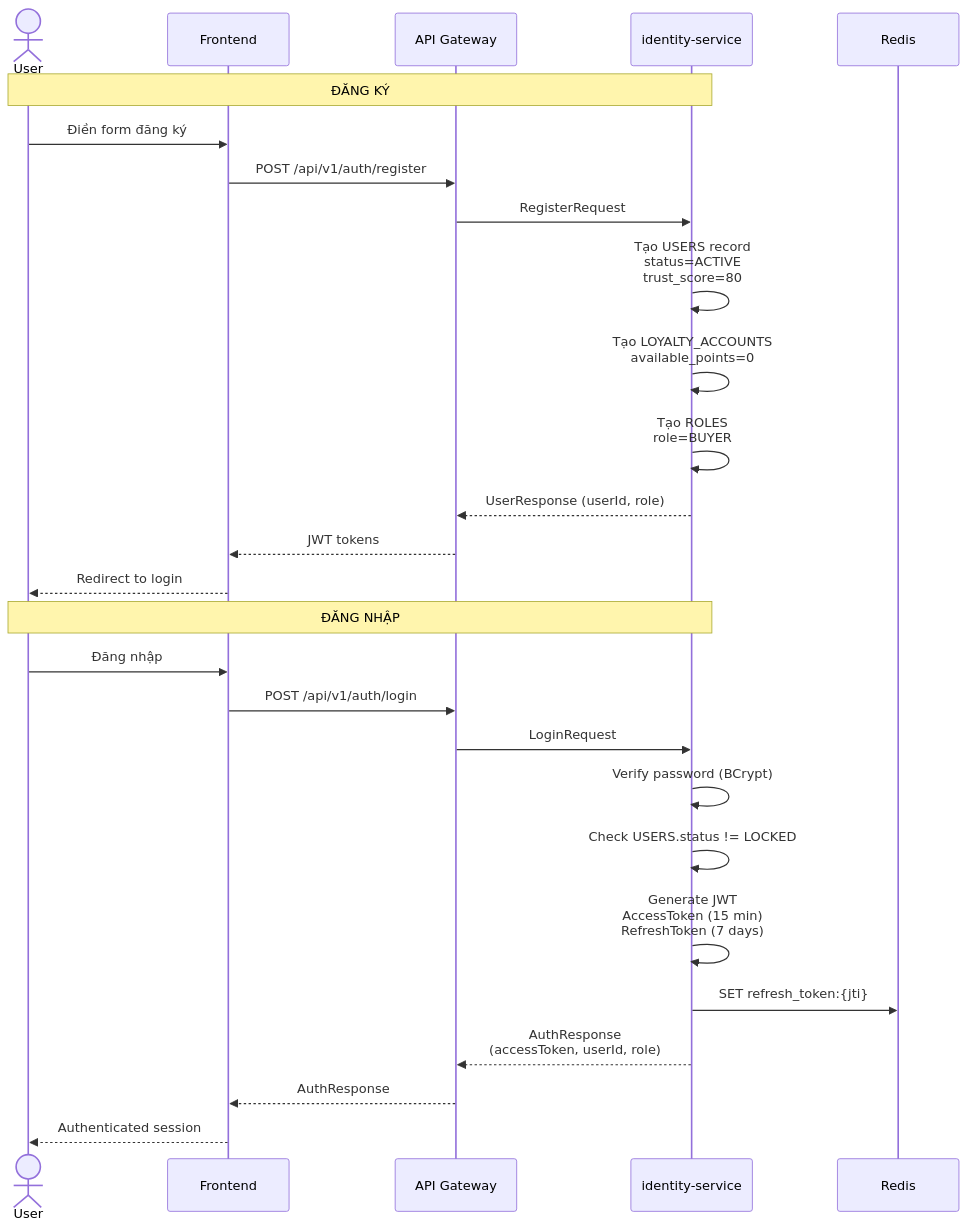
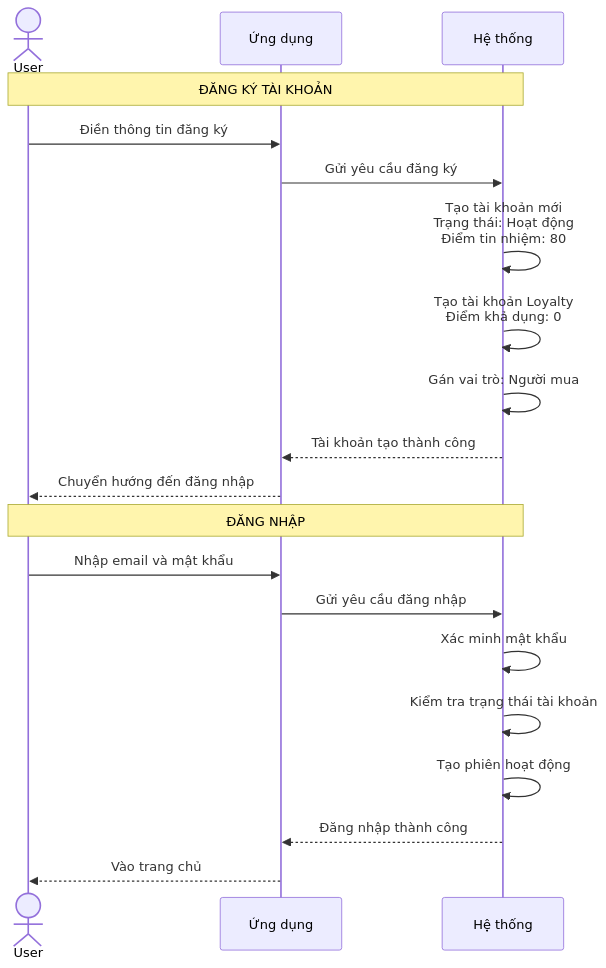
The third of 21 diagrams in docs/07_BUSINESS_FLOWS.md (ldqanh1408/stealing-from-paradise), drawn with Mermaid before and after one commit. The commit also changed other lines of this file and 106 other files, not shown here.

First line of the commit message:
feat: enhance identity service development data loading and configuration

````diff
--- a/docs/07_BUSINESS_FLOWS.md
+++ b/docs/07_BUSINESS_FLOWS.md
@@ -122,31 +124,24 @@
 ```mermaid
 sequenceDiagram
     actor User
-    participant FE as Frontend
-    participant GW as API Gateway
-    participant IDT as identity-service
-    participant RED as Redis
+    participant FE as Ứng dụng
+    participant System as Hệ thống
 
-    Note over User,IDT: ĐĂNG KÝ
-    User->>FE: Điền form đăng ký
-    FE->>GW: POST /api/v1/auth/register
-    GW->>IDT: RegisterRequest
-    IDT->>IDT: Tạo USERS record<br>status=ACTIVE<br>trust_score=80
-    IDT->>IDT: Tạo LOYALTY_ACCOUNTS<br>available_points=0
-    IDT->>IDT: Tạo ROLES<br>role=BUYER
-    IDT-->>GW: UserResponse (userId, role)
-    GW-->>FE: JWT tokens
-    FE-->>User: Redirect to login
+    Note over User,System: ĐĂNG KÝ TÀI KHOẢN
+    User->>FE: Điền thông tin đăng ký
+    FE->>System: Gửi yêu cầu đăng ký
+    System->>System: Tạo tài khoản mới<br>Trạng thái: Hoạt động<br>Điểm tin nhiệm: 80
+    System->>System: Tạo tài khoản Loyalty<br>Điểm khả dụng: 0
+    System->>System: Gán vai trò: Người mua
+    System-->>FE: Tài khoản tạo thành công
+    FE-->>User: Chuyển hướng đến đăng nhập
 
-    Note over User,IDT: ĐĂNG NHẬP
-    User->>FE: Đăng nhập
-    FE->>GW: POST /api/v1/auth/login
-    GW->>IDT: LoginRequest
-    IDT->>IDT: Verify password (BCrypt)
-    IDT->>IDT: Check USERS.status != LOCKED
-    IDT->>IDT: Generate JWT<br>AccessToken (15 min)<br>RefreshToken (7 days)
-    IDT->>RED: SET refresh_token:{jti}
-    IDT-->>GW: AuthResponse<br>(accessToken, userId, role)
-    GW-->>FE: AuthResponse
-    FE-->>User: Authenticated session
+    Note over User,System: ĐĂNG NHẬP
+    User->>FE: Nhập email và mật khẩu
+    FE->>System: Gửi yêu cầu đăng nhập
+    System->>System: Xác minh mật khẩu
+    System->>System: Kiểm tra trạng thái tài khoản
+    System->>System: Tạo phiên hoạt động
+    System-->>FE: Đăng nhập thành công
+    FE-->>User: Vào trang chủ
 ```
````
